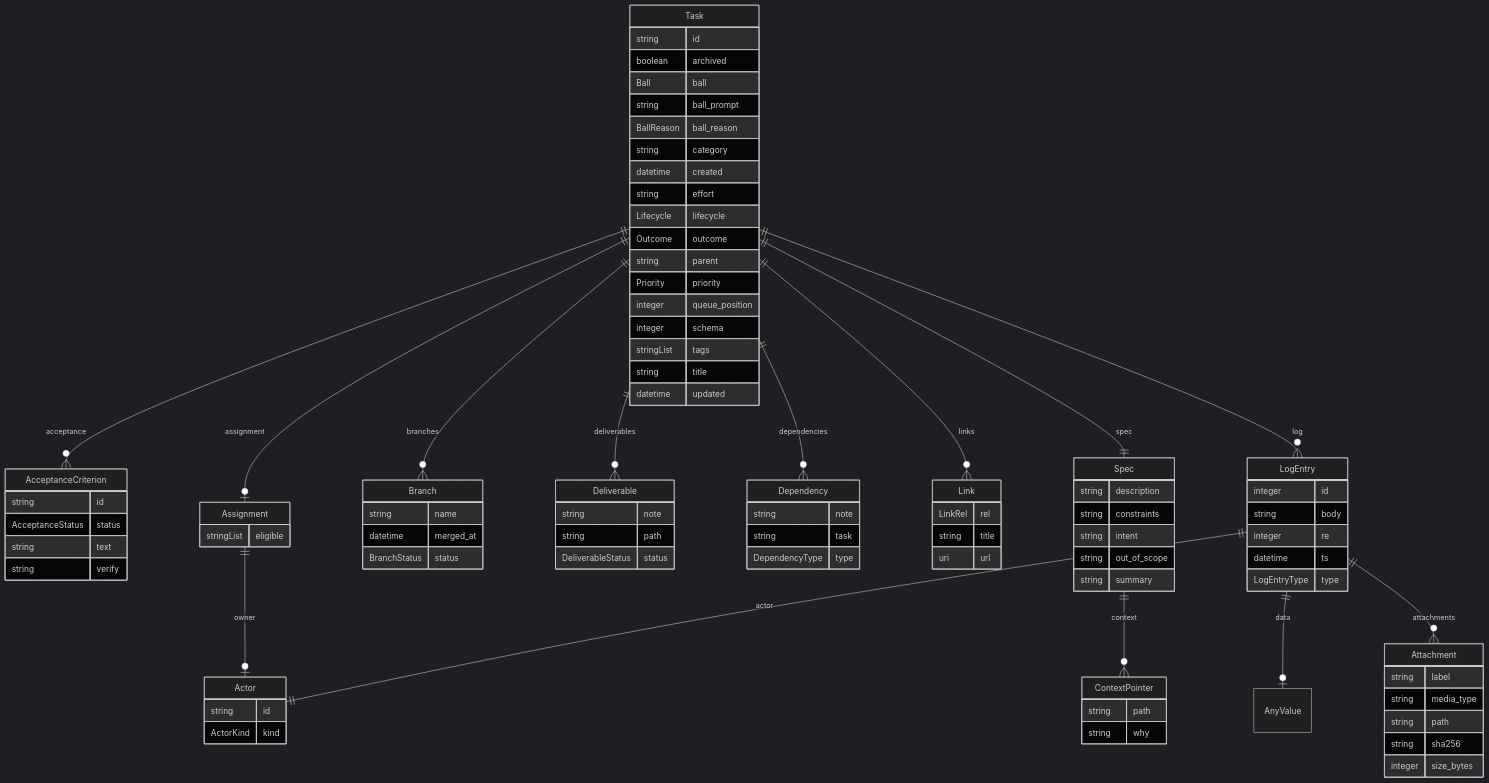
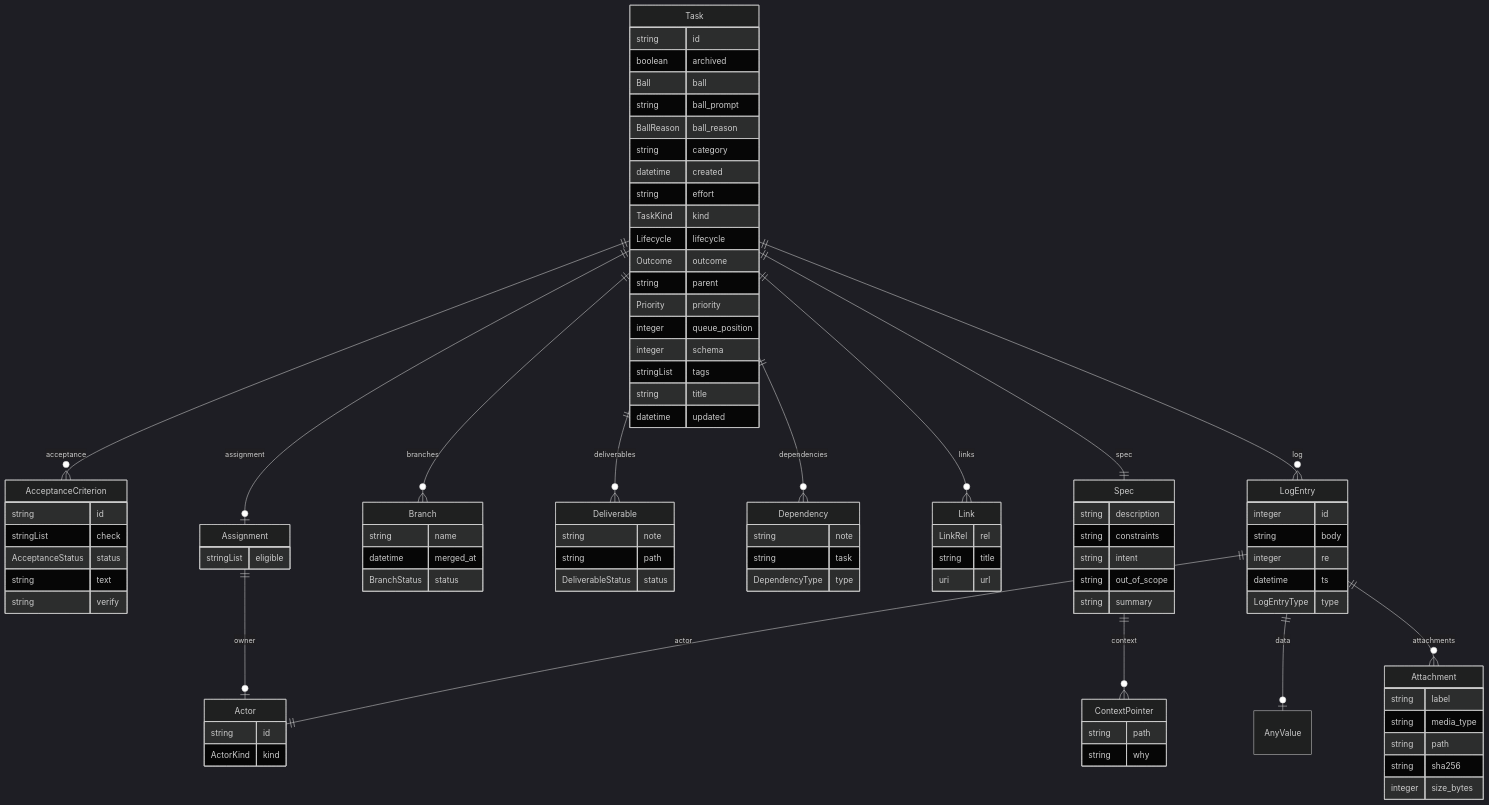
One commit to jeffposey/agentjobs changed the diagram in schema/generated/agentjobs-v2.er.mmd. Above: the diagram before and after it, drawn with Mermaid (dark theme). The commit also changed 15 other files, not shown here.

First line of the commit message:
feat(schema): a task may say it is a design pass or an implementation (task-592)

```diff
--- a/schema/generated/agentjobs-v2.er.mmd
+++ b/schema/generated/agentjobs-v2.er.mmd
@@ -2,6 +2,7 @@
 erDiagram
 AcceptanceCriterion {
     string id  
+    stringList check  
     AcceptanceStatus status  
     string text  
     string verify  
@@ -70,6 +71,7 @@
     string category  
     datetime created  
     string effort  
+    TaskKind kind  
     Lifecycle lifecycle  
     Outcome outcome  
     string parent  
```
